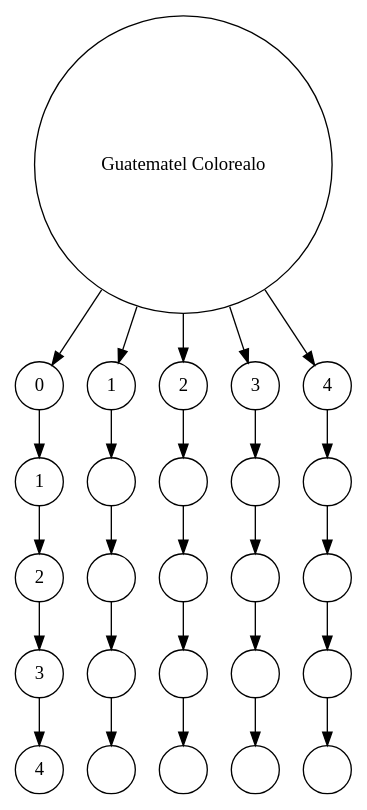
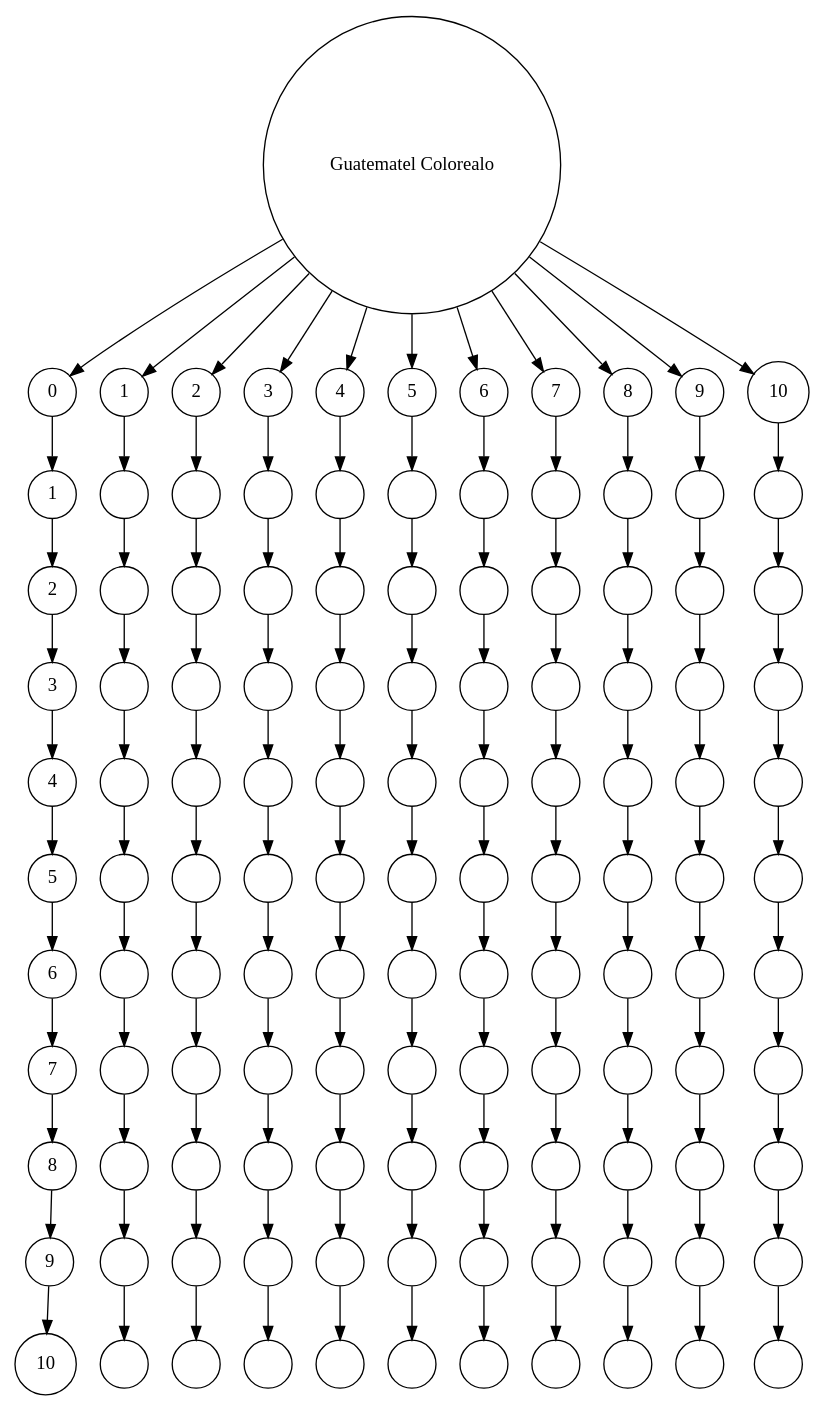
The diagram in grafica.dot (Manuelhb1/IPC2_Practica1_201407188), drawn with Graphviz before and after one commit. The commit also changed 2 other files, not shown here.

```diff
--- a/grafica.dot
+++ b/grafica.dot
@@ -7,50 +7,242 @@
 n3 [label="2"];
 n4 [label="3"];
 n5 [label="4"];
-n6 [label="1"];
-n7 [label=""];
-n8 [label=""];
-n9 [label=""];
-n10 [label=""];
-n11 [label="2"];
-n12 [label=""];
+n6 [label="5"];
+n7 [label="6"];
+n8 [label="7"];
+n9 [label="8"];
+n10 [label="9"];
+n11 [label="10"];
+n12 [label="1"];
 n13 [label=""];
 n14 [label=""];
 n15 [label=""];
-n16 [label="3"];
+n16 [label=""];
 n17 [label=""];
 n18 [label=""];
 n19 [label=""];
 n20 [label=""];
-n21 [label="4"];
+n21 [label=""];
 n22 [label=""];
-n23 [label=""];
+n23 [label="2"];
 n24 [label=""];
 n25 [label=""];
+n26 [label=""];
+n27 [label=""];
+n28 [label=""];
+n29 [label=""];
+n30 [label=""];
+n31 [label=""];
+n32 [label=""];
+n33 [label=""];
+n34 [label="3"];
+n35 [label=""];
+n36 [label=""];
+n37 [label=""];
+n38 [label=""];
+n39 [label=""];
+n40 [label=""];
+n41 [label=""];
+n42 [label=""];
+n43 [label=""];
+n44 [label=""];
+n45 [label="4"];
+n46 [label=""];
+n47 [label=""];
+n48 [label=""];
+n49 [label=""];
+n50 [label=""];
+n51 [label=""];
+n52 [label=""];
+n53 [label=""];
+n54 [label=""];
+n55 [label=""];
+n56 [label="5"];
+n57 [label=""];
+n58 [label=""];
+n59 [label=""];
+n60 [label=""];
+n61 [label=""];
+n62 [label=""];
+n63 [label=""];
+n64 [label=""];
+n65 [label=""];
+n66 [label=""];
+n67 [label="6"];
+n68 [label=""];
+n69 [label=""];
+n70 [label=""];
+n71 [label=""];
+n72 [label=""];
+n73 [label=""];
+n74 [label=""];
+n75 [label=""];
+n76 [label=""];
+n77 [label=""];
+n78 [label="7"];
+n79 [label=""];
+n80 [label=""];
+n81 [label=""];
+n82 [label=""];
+n83 [label=""];
+n84 [label=""];
+n85 [label=""];
+n86 [label=""];
+n87 [label=""];
+n88 [label=""];
+n89 [label="8"];
+n90 [label=""];
+n91 [label=""];
+n92 [label=""];
+n93 [label=""];
+n94 [label=""];
+n95 [label=""];
+n96 [label=""];
+n97 [label=""];
+n98 [label=""];
+n99 [label=""];
+n100 [label="9"];
+n101 [label=""];
+n102 [label=""];
+n103 [label=""];
+n104 [label=""];
+n105 [label=""];
+n106 [label=""];
+n107 [label=""];
+n108 [label=""];
+n109 [label=""];
+n110 [label=""];
+n111 [label="10"];
+n112 [label=""];
+n113 [label=""];
+n114 [label=""];
+n115 [label=""];
+n116 [label=""];
+n117 [label=""];
+n118 [label=""];
+n119 [label=""];
+n120 [label=""];
+n121 [label=""];
 n0 -> n1
 n0 -> n2
 n0 -> n3
 n0 -> n4
 n0 -> n5
-n1 -> n6
-n6 -> n11
-n11 -> n16
-n16 -> n21
-n2 -> n7
-n7 -> n12
-n12 -> n17
-n17 -> n22
-n3 -> n8
-n8 -> n13
-n13 -> n18
-n18 -> n23
-n4 -> n9
-n9 -> n14
-n14 -> n19
-n19 -> n24
-n5 -> n10
-n10 -> n15
-n15 -> n20
-n20 -> n25
+n0 -> n6
+n0 -> n7
+n0 -> n8
+n0 -> n9
+n0 -> n10
+n0 -> n11
+n1 -> n12
+n12 -> n23
+n23 -> n34
+n34 -> n45
+n45 -> n56
+n56 -> n67
+n67 -> n78
+n78 -> n89
+n89 -> n100
+n100 -> n111
+n2 -> n13
+n13 -> n24
+n24 -> n35
+n35 -> n46
+n46 -> n57
+n57 -> n68
+n68 -> n79
+n79 -> n90
+n90 -> n101
+n101 -> n112
+n3 -> n14
+n14 -> n25
+n25 -> n36
+n36 -> n47
+n47 -> n58
+n58 -> n69
+n69 -> n80
+n80 -> n91
+n91 -> n102
+n102 -> n113
+n4 -> n15
+n15 -> n26
+n26 -> n37
+n37 -> n48
+n48 -> n59
+n59 -> n70
+n70 -> n81
+n81 -> n92
+n92 -> n103
+n103 -> n114
+n5 -> n16
+n16 -> n27
+n27 -> n38
+n38 -> n49
+n49 -> n60
+n60 -> n71
+n71 -> n82
+n82 -> n93
+n93 -> n104
+n104 -> n115
+n6 -> n17
+n17 -> n28
+n28 -> n39
+n39 -> n50
+n50 -> n61
+n61 -> n72
+n72 -> n83
+n83 -> n94
+n94 -> n105
+n105 -> n116
+n7 -> n18
+n18 -> n29
+n29 -> n40
+n40 -> n51
+n51 -> n62
+n62 -> n73
+n73 -> n84
+n84 -> n95
+n95 -> n106
+n106 -> n117
+n8 -> n19
+n19 -> n30
+n30 -> n41
+n41 -> n52
+n52 -> n63
+n63 -> n74
+n74 -> n85
+n85 -> n96
+n96 -> n107
+n107 -> n118
+n9 -> n20
+n20 -> n31
+n31 -> n42
+n42 -> n53
+n53 -> n64
+n64 -> n75
+n75 -> n86
+n86 -> n97
+n97 -> n108
+n108 -> n119
+n10 -> n21
+n21 -> n32
+n32 -> n43
+n43 -> n54
+n54 -> n65
+n65 -> n76
+n76 -> n87
+n87 -> n98
+n98 -> n109
+n109 -> n120
+n11 -> n22
+n22 -> n33
+n33 -> n44
+n44 -> n55
+n55 -> n66
+n66 -> n77
+n77 -> n88
+n88 -> n99
+n99 -> n110
+n110 -> n121
 
 }
```
